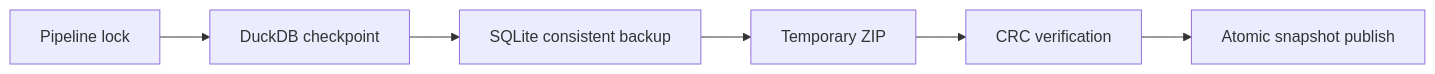
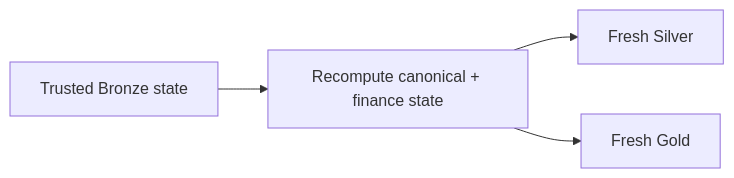
The seventh of 7 diagrams in docs/architecture/warehouse-architecture.md (tks18/personal-finance-etl), drawn with Mermaid before and after one commit. The commit also changed other lines of this file and 10 other files, not shown here.

Commit message:
docs: update docs/architecture for latest version

````diff
--- a/docs/architecture/warehouse-architecture.md
+++ b/docs/architecture/warehouse-architecture.md
@@ -424,8 +523,6 @@
 ```mermaid
 flowchart LR
-    L[Pipeline lock] --> C[DuckDB checkpoint]
-    C --> S[SQLite consistent backup]
-    S --> Z[Temporary ZIP]
-    Z --> V[CRC verification]
-    V --> A[Atomic snapshot publish]
+    B[Trusted Bronze state] --> Rebuild[Recompute canonical + finance state]
+    Rebuild --> S[Fresh Silver]
+    Rebuild --> G[Fresh Gold]
 ```
````
